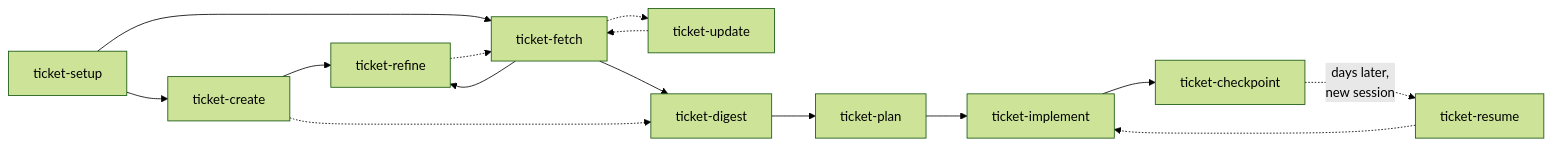
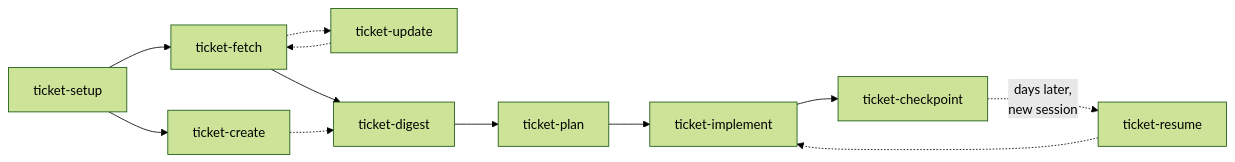
One commit to AlexCR97/.claude changed the first of 2 diagrams in skills/ticket-common/WORKFLOW.md. Above: the diagram before and after it, drawn with Mermaid (forest theme). The commit also changed other lines of this file and 38 other files, not shown here.

First line of the commit message:
refactor(ticket): retire the ticket-refine skill and the publish path it alone used

````diff
--- a/skills/ticket-common/WORKFLOW.md
+++ b/skills/ticket-common/WORKFLOW.md
@@ -5,17 +5,14 @@
 ```mermaid
 flowchart LR
     INIT[ticket-setup] --> NEW[ticket-create]
     INIT --> FETCH[ticket-fetch]
-    NEW --> REFINE[ticket-refine]
-    FETCH --> REFINE
-    REFINE -.-> FETCH
     FETCH -.-> UPDATE[ticket-update]
     UPDATE -.-> FETCH
     FETCH --> DIGEST[ticket-digest]
     NEW -.-> DIGEST
     DIGEST --> PLAN[ticket-plan]
     PLAN --> IMPLEMENT[ticket-implement]
     IMPLEMENT --> CHECKPOINT[ticket-checkpoint]
     CHECKPOINT -.->|"days later,\nnew session"| RESUME[ticket-resume]
     RESUME -.-> IMPLEMENT
 ```
````
